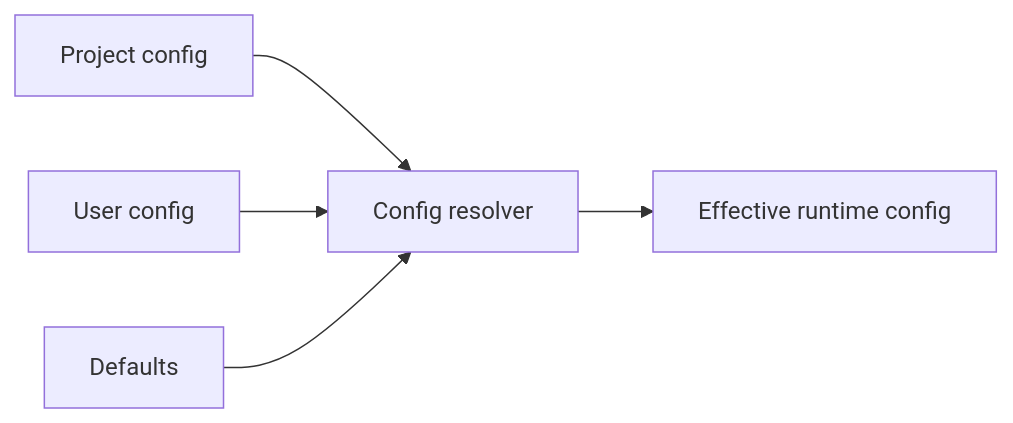
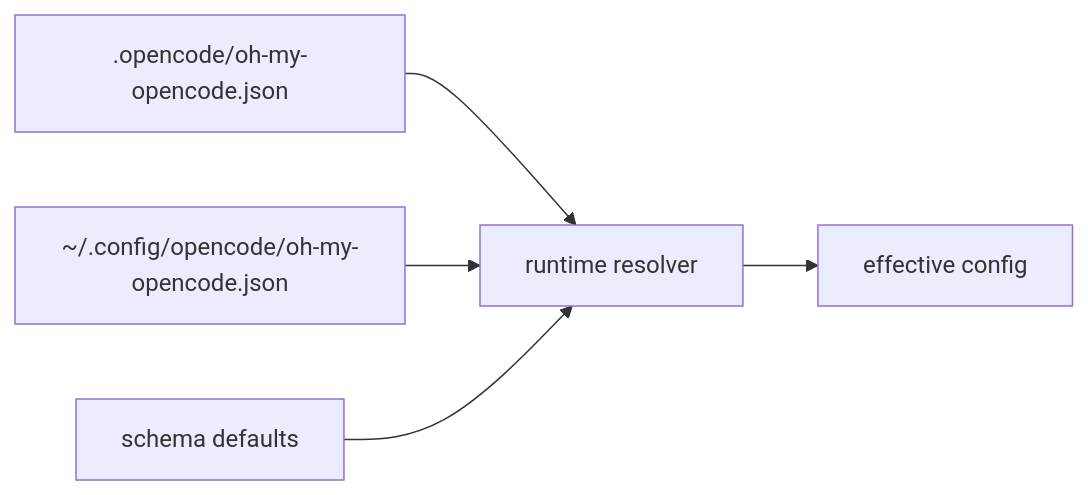
The first of 4 diagrams in docs/configurations.md (bravohenry/ohmymkt), drawn with Mermaid before and after one commit. The commit also changed other lines of this file and 7 other files, not shown here.

````diff
--- a/docs/configurations.md
+++ b/docs/configurations.md
@@ -17,7 +55,7 @@
 ```mermaid
 flowchart LR
-    P["Project config"] --> R["Config resolver"]
-    U["User config"] --> R
-    D["Defaults"] --> R
-    R --> E["Effective runtime config"]
+    P[".opencode/oh-my-opencode.json"] --> R["runtime resolver"]
+    U["~/.config/opencode/oh-my-opencode.json"] --> R
+    D["schema defaults"] --> R
+    R --> E["effective config"]
 ```
````
